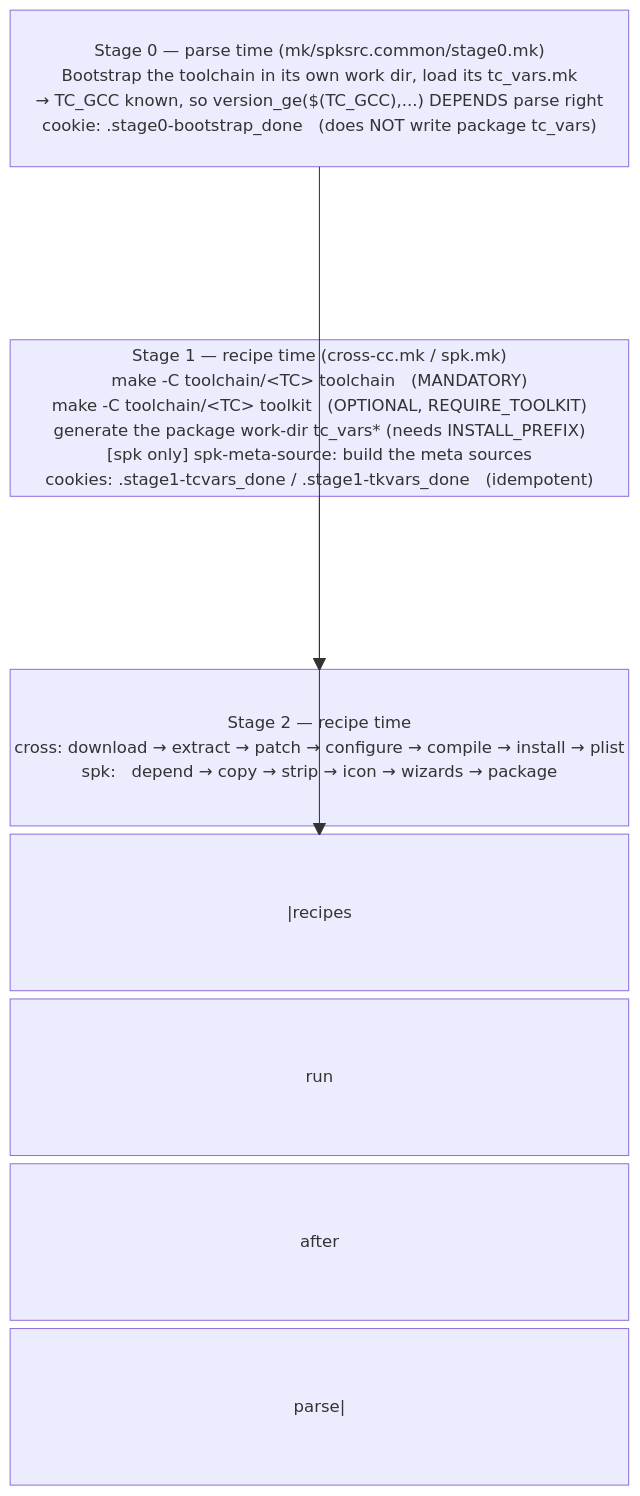
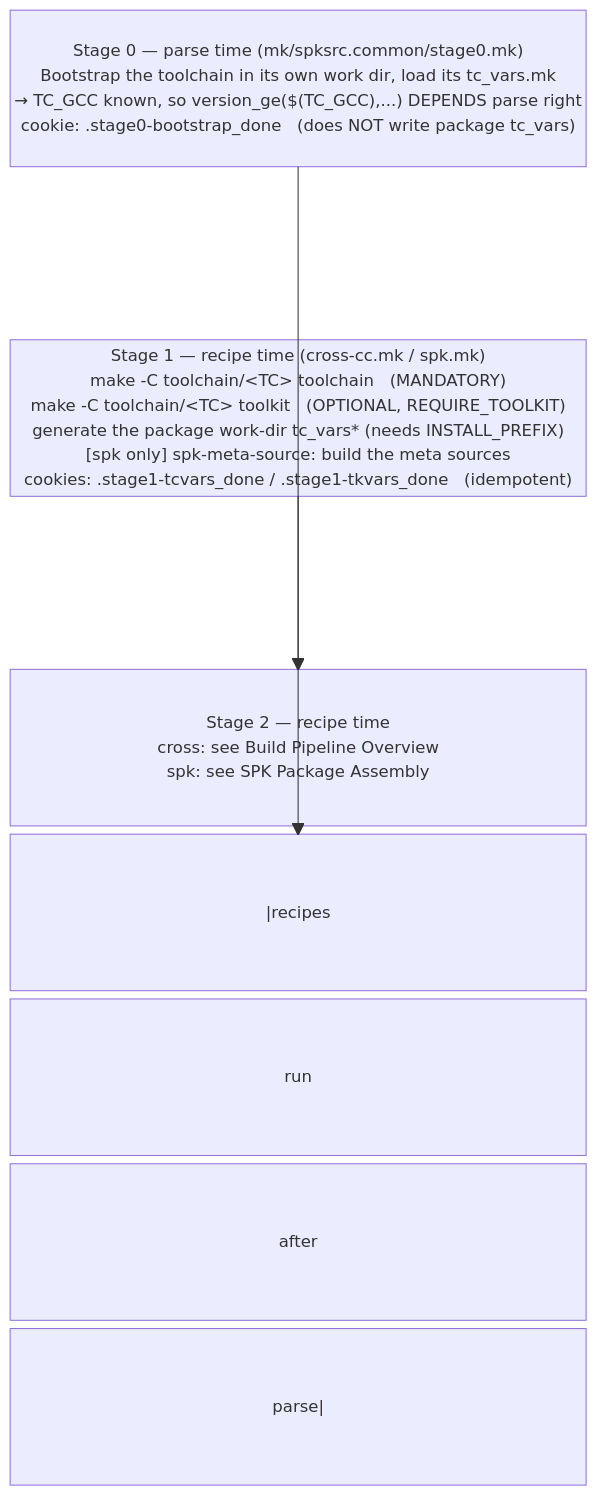
One commit to SynoCommunity/spksrc changed the second of 3 diagrams in docs/framework/architecture.md. Above: the diagram before and after it, drawn with Mermaid.

Commit message:
Framework: De-duplicate pipeline flows in Stage Pipeline diagram

````diff
--- a/docs/framework/architecture.md
+++ b/docs/framework/architecture.md
@@ -67,12 +67,12 @@
 ```mermaid
 block
   columns 1
   s0["Stage 0 — parse time (mk/spksrc.common/stage0.mk)<br>Bootstrap the toolchain in its own work dir, load its tc_vars.mk<br>→ TC_GCC known, so version_ge($(TC_GCC),...) DEPENDS parse right<br>cookie: .stage0-bootstrap_done &nbsp; (does NOT write package tc_vars)"]
   space
   s1["Stage 1 — recipe time (cross-cc.mk / spk.mk)<br>make -C toolchain/&lt;TC&gt; toolchain &nbsp; (MANDATORY)<br>make -C toolchain/&lt;TC&gt; toolkit &nbsp; (OPTIONAL, REQUIRE_TOOLKIT)<br>generate the package work-dir tc_vars* (needs INSTALL_PREFIX)<br>[spk only] spk-meta-source: build the meta sources<br>cookies: .stage1-tcvars_done / .stage1-tkvars_done &nbsp; (idempotent)"]
   space
-  s2["Stage 2 — recipe time<br>cross: download → extract → patch → configure → compile → install → plist<br>spk: &nbsp; depend → copy → strip → icon → wizards → package"]
+  s2["Stage 2 — recipe time<br>cross: see Build Pipeline Overview<br>spk: see SPK Package Assembly"]
 
   s0 -->|recipes run after parse| s1
   s1 --> s2
 ```
````
